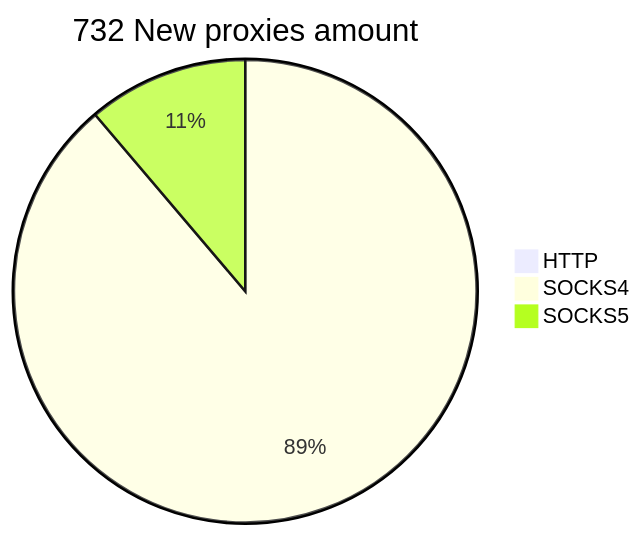
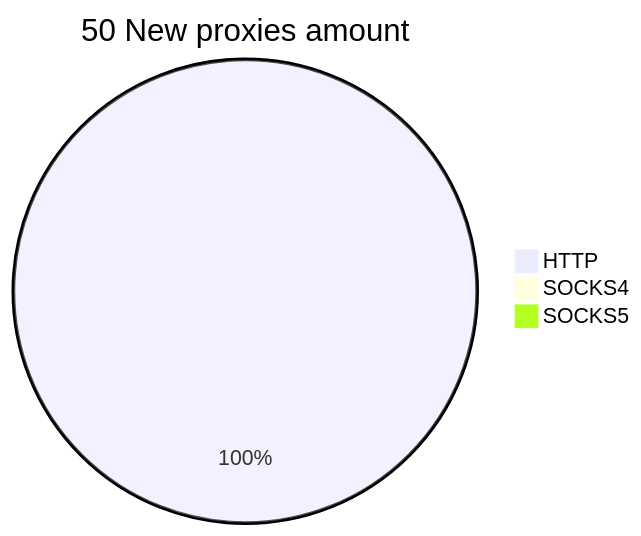
One commit to cutipu/proxylist changed the second of 2 diagrams in README.md. Above: the diagram before and after it, drawn with Mermaid. The commit also changed other lines of this file, not shown here.

````diff
--- a/README.md
+++ b/README.md
@@ -10,6 +10,6 @@
 ```mermaid
-pie title 732 New proxies amount
-    "HTTP" : 0
-    "SOCKS4" : 673
-    "SOCKS5" : 85
+pie title 50 New proxies amount
+    "HTTP" : 50
+    "SOCKS4" : 0
+    "SOCKS5" : 0
 ```
````
